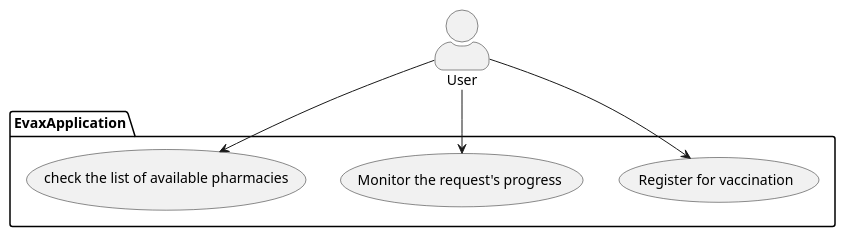
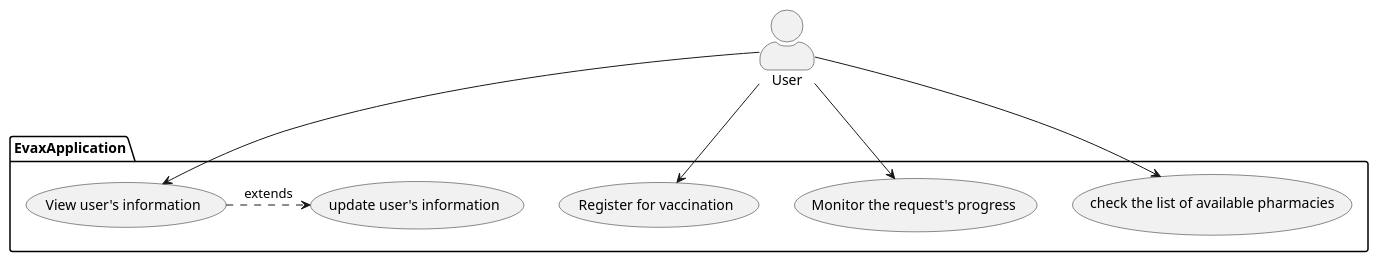
Before and after one commit to Azer-ch/Software-Architecture: the diagram in tp2/mock-proposal/usercase.puml, drawn with PlantUML. The commit also changed 2 other files, not shown here.

Commit message:
added class diagram

```diff
--- a/tp2/mock-proposal/usercase.puml
+++ b/tp2/mock-proposal/usercase.puml
@@ -1,12 +1,16 @@
 @startuml
 skinparam actorStyle awesome
 actor User
 package EvaxApplication{
 usecase "Register for vaccination" as Register
 usecase "Monitor the request's progress" as Monitor
 usecase "check the list of available pharmacies" as Check
+usecase "View user's information" as View
+usecase "update user's information" as Update
+View .> Update : extends
 }
 User --> Register
 User --> Monitor
 User --> Check
+User --> View
 @enduml
```
